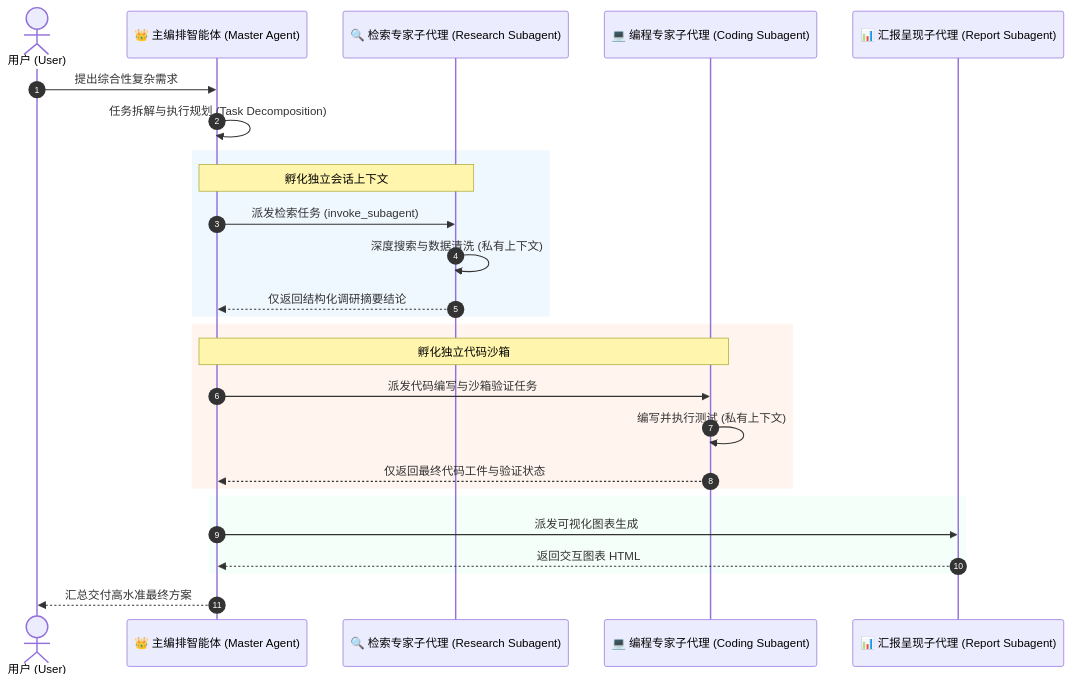
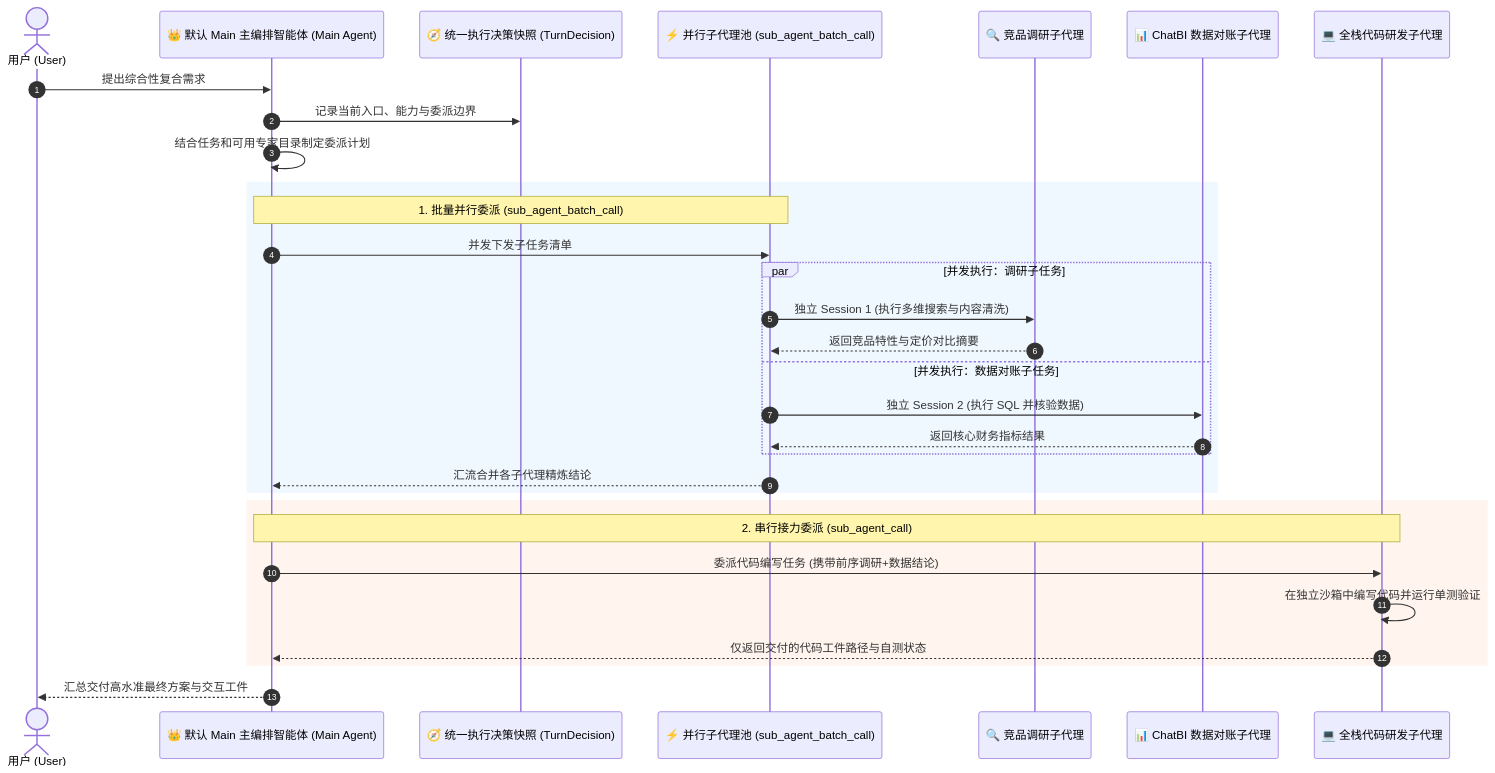
Before and after one commit to RandyChen1985/nanzi-agic: the fifth of 20 diagrams in products/FAQ.md, drawn with Mermaid. The commit also changed other lines of this file and 1 other file, not shown here.

````diff
--- a/products/FAQ.md
+++ b/products/FAQ.md
@@ -584,33 +835,37 @@
 ```mermaid
 sequenceDiagram
     autonumber
     actor User as 用户 (User)
-    participant Master as 👑 主编排智能体 (Master Agent)
-    participant Sub1 as 🔍 检索专家子代理 (Research Subagent)
-    participant Sub2 as 💻 编程专家子代理 (Coding Subagent)
-    participant Sub3 as 📊 汇报呈现子代理 (Report Subagent)
+    participant Master as 👑 默认 Main 主编排智能体 (Main Agent)
+    participant Decision as 🧭 统一执行决策快照 (TurnDecision)
+    participant SubBatch as ⚡ 并行子代理池 (sub_agent_batch_call)
+    participant Sub1 as 🔍 竞品调研子代理
+    participant Sub2 as 📊 ChatBI 数据对账子代理
+    participant Sub3 as 💻 全栈代码研发子代理
 
-    User->>Master: 提出综合性复杂需求
-    Master->>Master: 任务拆解与执行规划 (Task Decomposition)
+    User->>Master: 提出综合性复合需求
+    Master->>Decision: 记录当前入口、能力与委派边界
+    Master->>Master: 结合任务和可用专家目录制定委派计划
   
     rect rgb(240, 248, 255)
-    Note over Master,Sub1: 孵化独立会话上下文
-    Master->>Sub1: 派发检索任务 (invoke_subagent)
-    Sub1->>Sub1: 深度搜索与数据清洗 (私有上下文)
-    Sub1-->>Master: 仅返回结构化调研摘要结论
+    Note over Master,SubBatch: 1. 批量并行委派 (sub_agent_batch_call)
+    Master->>SubBatch: 并发下发子任务清单
+    par 并发执行：调研子任务
+        SubBatch->>Sub1: 独立 Session 1 (执行多维搜索与内容清洗)
+        Sub1-->>SubBatch: 返回竞品特性与定价对比摘要
+    and 并发执行：数据对账子任务
+        SubBatch->>Sub2: 独立 Session 2 (执行 SQL 并核验数据)
+        Sub2-->>SubBatch: 返回核心财务指标结果
+    end
+    SubBatch-->>Master: 汇流合并各子代理精炼结论
     end
 
     rect rgb(255, 245, 238)
-    Note over Master,Sub2: 孵化独立代码沙箱
-    Master->>Sub2: 派发代码编写与沙箱验证任务
-    Sub2->>Sub2: 编写并执行测试 (私有上下文)
-    Sub2-->>Master: 仅返回最终代码工件与验证状态
+    Note over Master,Sub3: 2. 串行接力委派 (sub_agent_call)
+    Master->>Sub3: 委派代码编写任务 (携带前序调研+数据结论)
+    Sub3->>Sub3: 在独立沙箱中编写代码并运行单测验证
+    Sub3-->>Master: 仅返回交付的代码工件路径与自测状态
     end
 
-    rect rgb(245, 255, 250)
-    Master->>Sub3: 派发可视化图表生成
-    Sub3-->>Master: 返回交互图表 HTML
-    end
-
-    Master-->>User: 汇总交付高水准最终方案
+    Master-->>User: 汇总交付高水准最终方案与交互工件
 ```
````
